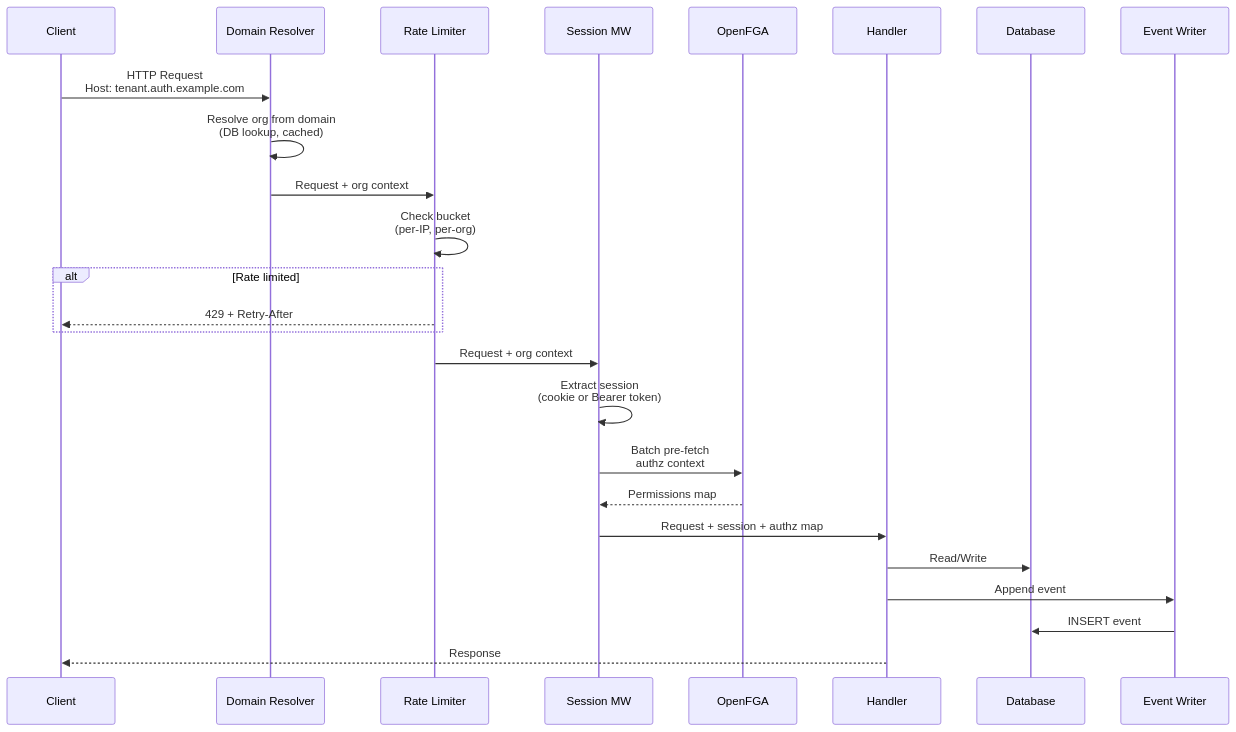
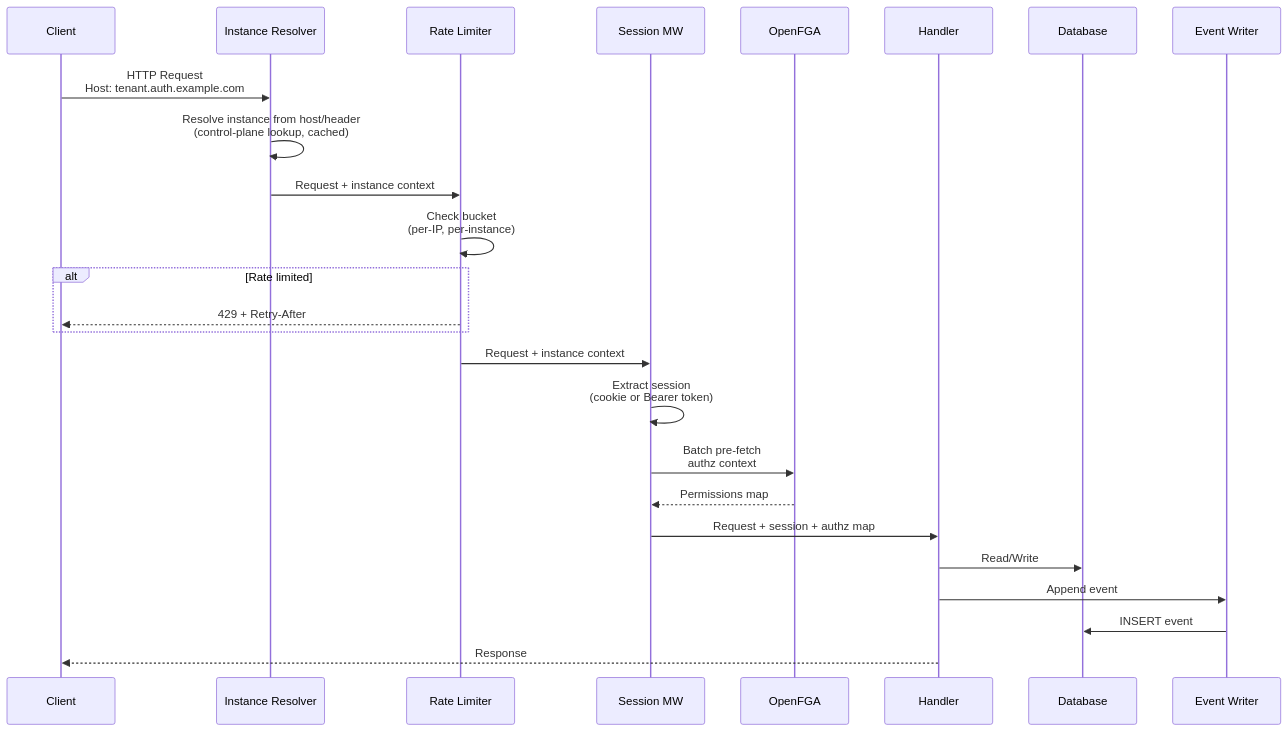
Before and after one commit to fforootd/hodor: the second of 3 diagrams in docs/architecture/overview.md, drawn with Mermaid. The commit also changed other lines of this file and 47 other files, not shown here.

````diff
--- a/docs/architecture/overview.md
+++ b/docs/architecture/overview.md
@@ -152,28 +152,28 @@
 ```mermaid
 sequenceDiagram
     participant C as Client
-    participant DR as Domain Resolver
+    participant DR as Instance Resolver
     participant RL as Rate Limiter
     participant SM as Session MW
     participant FGA as OpenFGA
     participant H as Handler
     participant DB as Database
     participant EW as Event Writer
 
     C->>DR: HTTP Request<br/>Host: tenant.auth.example.com
-    DR->>DR: Resolve org from domain<br/>(DB lookup, cached)
-    DR->>RL: Request + org context
-    RL->>RL: Check bucket<br/>(per-IP, per-org)
+    DR->>DR: Resolve instance from host/header<br/>(control-plane lookup, cached)
+    DR->>RL: Request + instance context
+    RL->>RL: Check bucket<br/>(per-IP, per-instance)
     alt Rate limited
         RL-->>C: 429 + Retry-After
     end
-    RL->>SM: Request + org context
+    RL->>SM: Request + instance context
     SM->>SM: Extract session<br/>(cookie or Bearer token)
     SM->>FGA: Batch pre-fetch<br/>authz context
     FGA-->>SM: Permissions map
     SM->>H: Request + session + authz map
     H->>DB: Read/Write
     H->>EW: Append event
     EW->>DB: INSERT event
     H-->>C: Response
 ```
````
